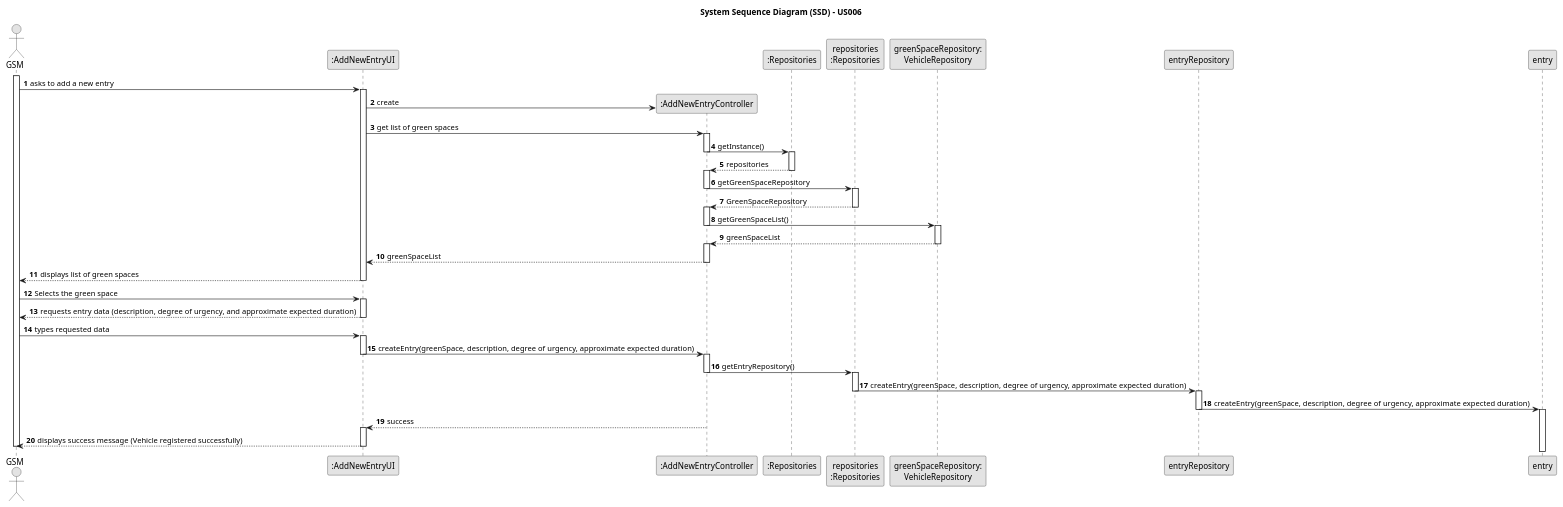
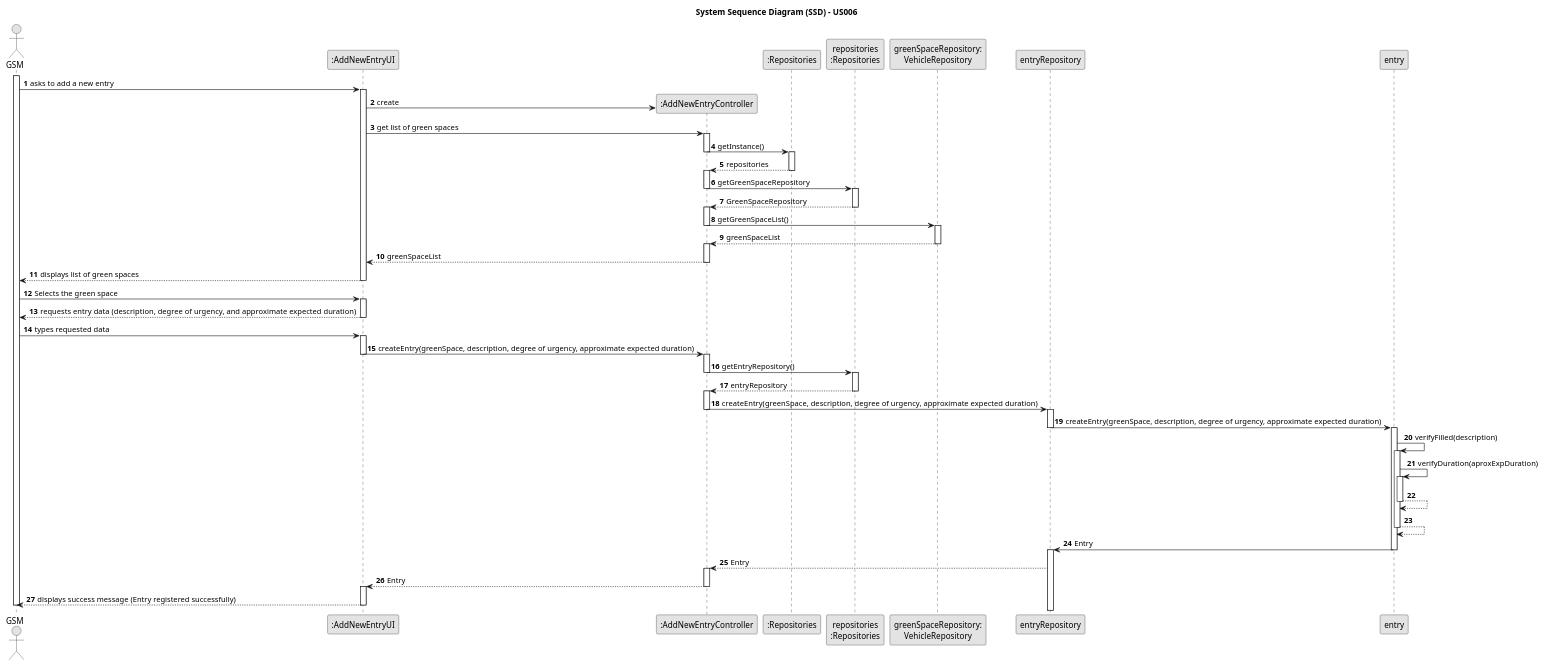
One commit to ricardomm7/leaflink changed the diagram in docs/sprintC/us021/03.design/puml/us0021-sequence-diagram-full.puml. Above: the diagram before and after it, drawn with PlantUML.

Commit message:
#125 US021 design folder

```diff
--- a/docs/sprintC/us021/03.design/puml/us0021-sequence-diagram-full.puml
+++ b/docs/sprintC/us021/03.design/puml/us0021-sequence-diagram-full.puml
@@ -2,99 +2,122 @@
 @startuml
 skinparam monochrome true
 skinparam packageStyle rectangle
 skinparam shadowing false
 
 title System Sequence Diagram (SSD) - US006
 
 autonumber
 
 actor "GSM" as GSM
 participant ":AddNewEntryUI" as UI
 participant ":AddNewEntryController" as CTRL
 participant ":Repositories" as RepositorySingleton
 participant "repositories\n:Repositories" as PLAT
 participant "greenSpaceRepository:\nVehicleRepository" as GreenSpaceRepository
 participant "entryRepository" as EntryRep
 participant "entry" as Entry
 
 activate GSM
 
     GSM -> UI : asks to add a new entry
     activate UI
 
 
         UI -> CTRL** : create
 
         UI -> CTRL : get list of green spaces
         activate CTRL
 
         CTRL -> RepositorySingleton : getInstance()
         deactivate CTRL
         activate RepositorySingleton
 
 
         RepositorySingleton --> CTRL : repositories
         deactivate RepositorySingleton
         activate CTRL
 
         CTRL -> PLAT :getGreenSpaceRepository
         deactivate CTRL
         activate PLAT
 
 
         PLAT --> CTRL : GreenSpaceRepository
         deactivate PLAT
         activate CTRL
 
 
         CTRL -> GreenSpaceRepository : getGreenSpaceList()
         deactivate CTRL
         activate GreenSpaceRepository
 
         GreenSpaceRepository --> CTRL : greenSpaceList
         deactivate GreenSpaceRepository
         activate CTRL
 
         CTRL --> UI : greenSpaceList
         deactivate CTRL
 
 
         UI --> GSM : displays list of green spaces
         deactivate UI
 
         GSM -> UI : Selects the green space
         activate UI
 
         UI --> GSM : requests entry data (description, degree of urgency, and approximate expected duration)
         deactivate UI
 
         GSM -> UI : types requested data
         activate UI
 
         UI -> CTRL : createEntry(greenSpace, description, degree of urgency, approximate expected duration)
         deactivate UI
         activate CTRL
 
 
         CTRL -> PLAT : getEntryRepository()
         deactivate CTRL
         activate PLAT
 
-        PLAT -> EntryRep : createEntry(greenSpace, description, degree of urgency, approximate expected duration)
+        PLAT --> CTRL : entryRepository
         deactivate PLAT
+        activate CTRL
+
+        CTRL -> EntryRep : createEntry(greenSpace, description, degree of urgency, approximate expected duration)
+        deactivate CTRL
         activate EntryRep
 
         EntryRep -> Entry : createEntry(greenSpace, description, degree of urgency, approximate expected duration)
         deactivate EntryRep
         activate Entry
 
+        Entry -> Entry : verifyFilled(description)
+        activate Entry
 
-            CTRL --> UI : success
-            activate UI
+        Entry -> Entry : verifyDuration(aproxExpDuration)
+        activate Entry
 
-    UI --> GSM : displays success message (Vehicle registered successfully)
+        Entry --> Entry
+        deactivate Entry
+
+        Entry --> Entry
+        deactivate Entry
+
+        Entry -> EntryRep : Entry
+        deactivate Entry
+        activate EntryRep
+
+        EntryRep --> CTRL : Entry
+        activate CTRL
+
+        CTRL --> UI : Entry
+        deactivate CTRL
+        activate UI
+
+    UI --> GSM : displays success message (Entry registered successfully)
     deactivate UI
 
 deactivate GSM
 
 @enduml
```
